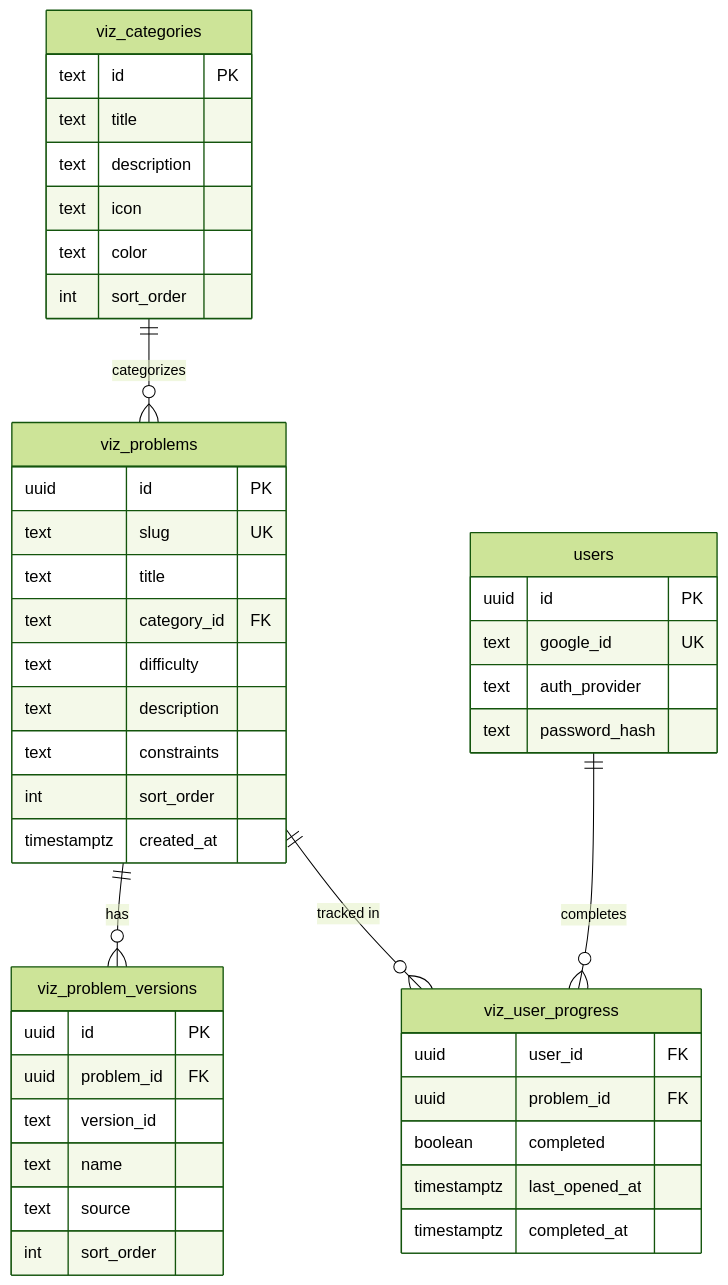
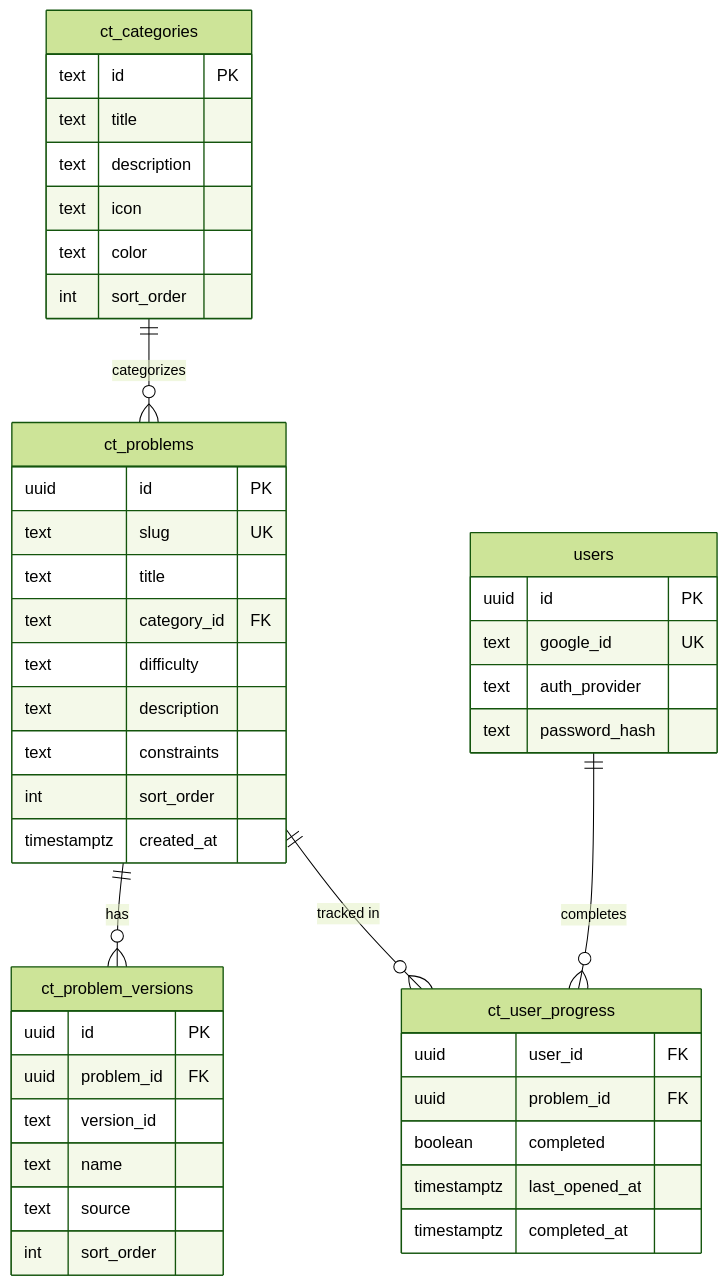
The fourth of 4 diagrams in README.md (sangisapusaiteja/CodeTrace), drawn with Mermaid (forest theme) before and after one commit. The commit also changed other lines of this file and 116 other files, not shown here.

````diff
--- a/README.md
+++ b/README.md
@@ -219,52 +219,52 @@
 ```mermaid
 erDiagram
-    viz_categories ||--o{ viz_problems : "categorizes"
-    viz_problems ||--o{ viz_problem_versions : "has"
-    viz_problems ||--o{ viz_user_progress : "tracked in"
-    users ||--o{ viz_user_progress : "completes"
+    ct_categories ||--o{ ct_problems : "categorizes"
+    ct_problems ||--o{ ct_problem_versions : "has"
+    ct_problems ||--o{ ct_user_progress : "tracked in"
+    users ||--o{ ct_user_progress : "completes"
 
-    viz_categories {
+    ct_categories {
         text id PK
         text title
         text description
         text icon
         text color
         int sort_order
     }
 
-    viz_problems {
+    ct_problems {
         uuid id PK
         text slug UK
         text title
         text category_id FK
         text difficulty
         text description
         text constraints
         int sort_order
         timestamptz created_at
     }
 
-    viz_problem_versions {
+    ct_problem_versions {
         uuid id PK
         uuid problem_id FK
         text version_id
         text name
         text source
         int sort_order
     }
 
-    viz_user_progress {
+    ct_user_progress {
         uuid user_id FK
         uuid problem_id FK
         boolean completed
         timestamptz last_opened_at
         timestamptz completed_at
     }
 
     users {
         uuid id PK
         text google_id UK
         text auth_provider
         text password_hash
     }
 ```
````
